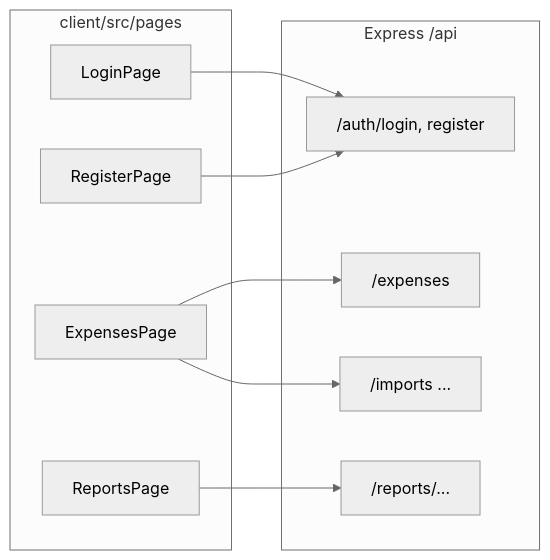
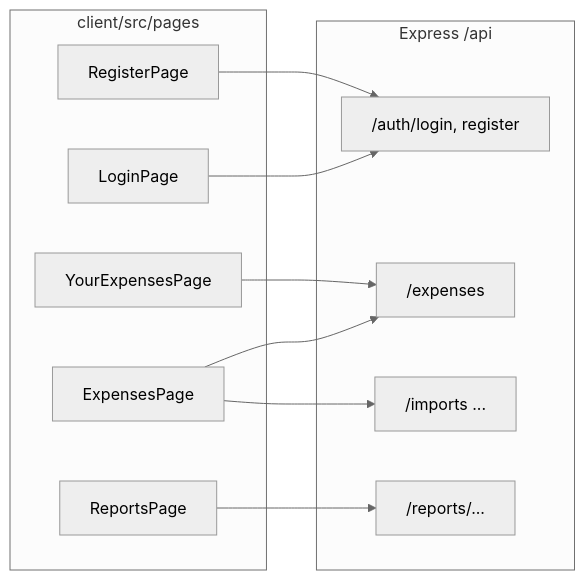
One commit to becomeonewiththecode/expense_tracker changed the fourth of 6 diagrams in docs/ARCHITECTURE_DIAGRAM.md. Above: the diagram before and after it, drawn with Mermaid (neutral theme). The commit also changed 9 other files, not shown here.

First line of the commit message:
feat: split Your expenses page, projection modal with pie chart

````diff
--- a/docs/ARCHITECTURE_DIAGRAM.md
+++ b/docs/ARCHITECTURE_DIAGRAM.md
@@ -154,21 +154,23 @@
 ```mermaid
 flowchart LR
   subgraph pages [client/src/pages]
     LP[LoginPage]
     RP[RegisterPage]
     EP[ExpensesPage]
+    YEP[YourExpensesPage]
     RPg[ReportsPage]
   end
 
   subgraph api [Express /api]
     A1["/auth/login, register"]
     A2["/expenses"]
     A3["/imports ..."]
     A4["/reports/..."]
   end
 
   LP --> A1
   RP --> A1
   EP --> A2 & A3
+  YEP --> A2
   RPg --> A4
 ```
````
